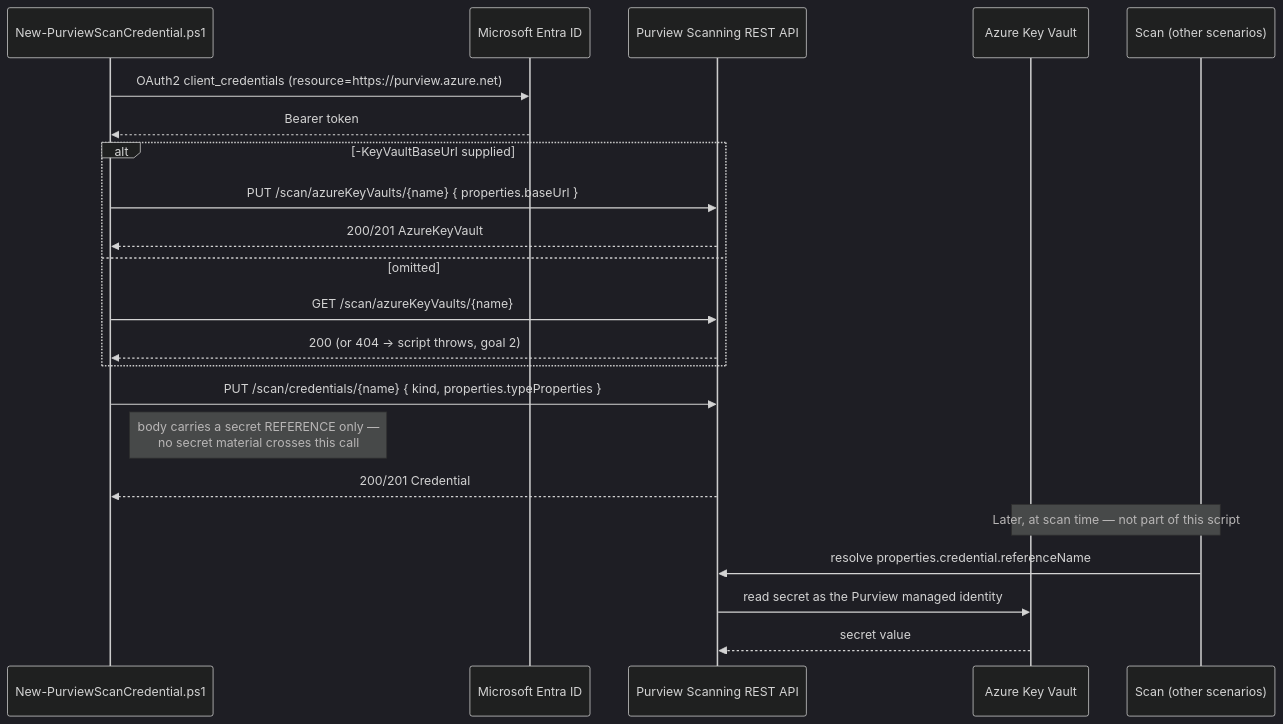
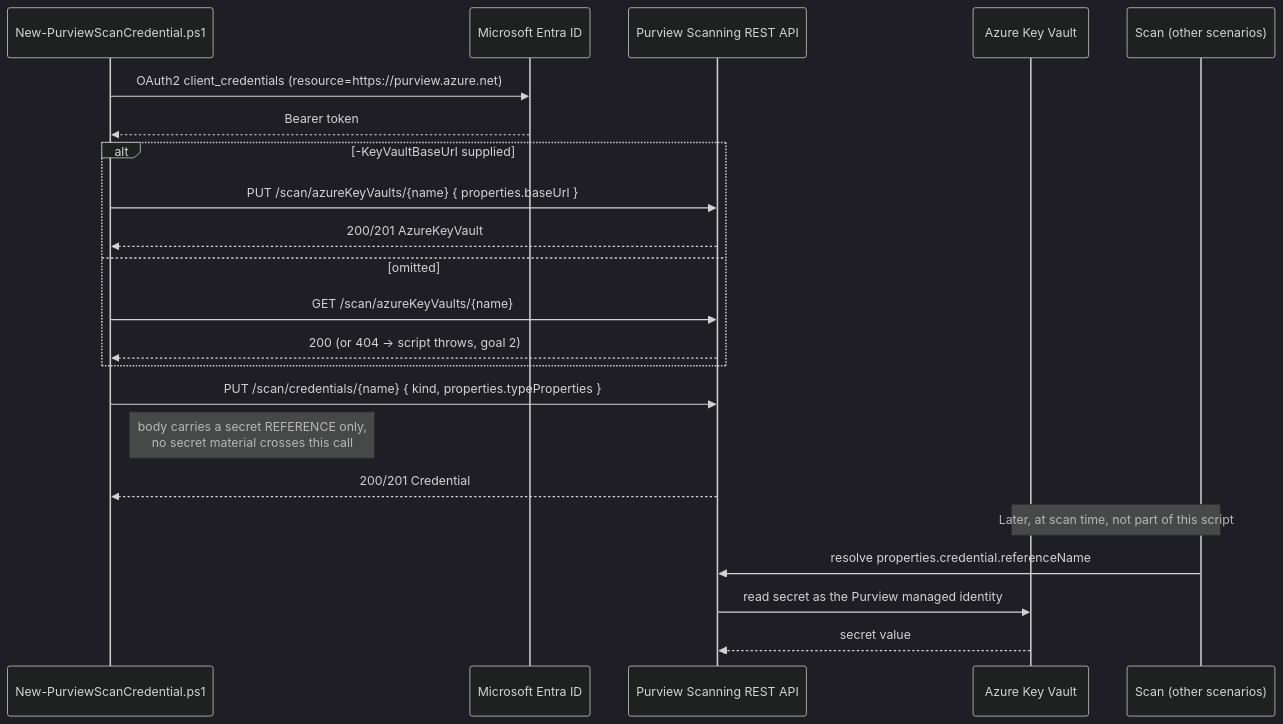
The diagram in src/content/scenarios/data-map/scan-credential-key-vault-backed.design.md (kpsec1/kpsec1.github.io), drawn with Mermaid (dark theme) before and after one commit. The commit also changed other lines of this file and 433 other files, not shown here.

````diff
--- a/src/content/scenarios/data-map/scan-credential-key-vault-backed.design.md
+++ b/src/content/scenarios/data-map/scan-credential-key-vault-backed.design.md
@@ -88,26 +88,26 @@
 ```mermaid
 sequenceDiagram
     participant Script as New-PurviewScanCredential.ps1
     participant AAD as Microsoft Entra ID
     participant API as Purview Scanning REST API
     participant KV as Azure Key Vault
     participant Scan as Scan (other scenarios)
 
     Script->>AAD: OAuth2 client_credentials (resource=https://purview.azure.net)
     AAD-->>Script: Bearer token
     alt -KeyVaultBaseUrl supplied
         Script->>API: PUT /scan/azureKeyVaults/{name} { properties.baseUrl }
         API-->>Script: 200/201 AzureKeyVault
     else omitted
         Script->>API: GET /scan/azureKeyVaults/{name}
         API-->>Script: 200 (or 404 -> script throws, goal 2)
     end
     Script->>API: PUT /scan/credentials/{name} { kind, properties.typeProperties }
-    Note right of Script: body carries a secret REFERENCE only —<br/>no secret material crosses this call
+    Note right of Script: body carries a secret REFERENCE only, <br/>no secret material crosses this call
     API-->>Script: 200/201 Credential
 
-    Note over Scan,KV: Later, at scan time — not part of this script
+    Note over Scan,KV: Later, at scan time, not part of this script
     Scan->>API: resolve properties.credential.referenceName
     API->>KV: read secret as the Purview managed identity
     KV-->>API: secret value
 ```
````
